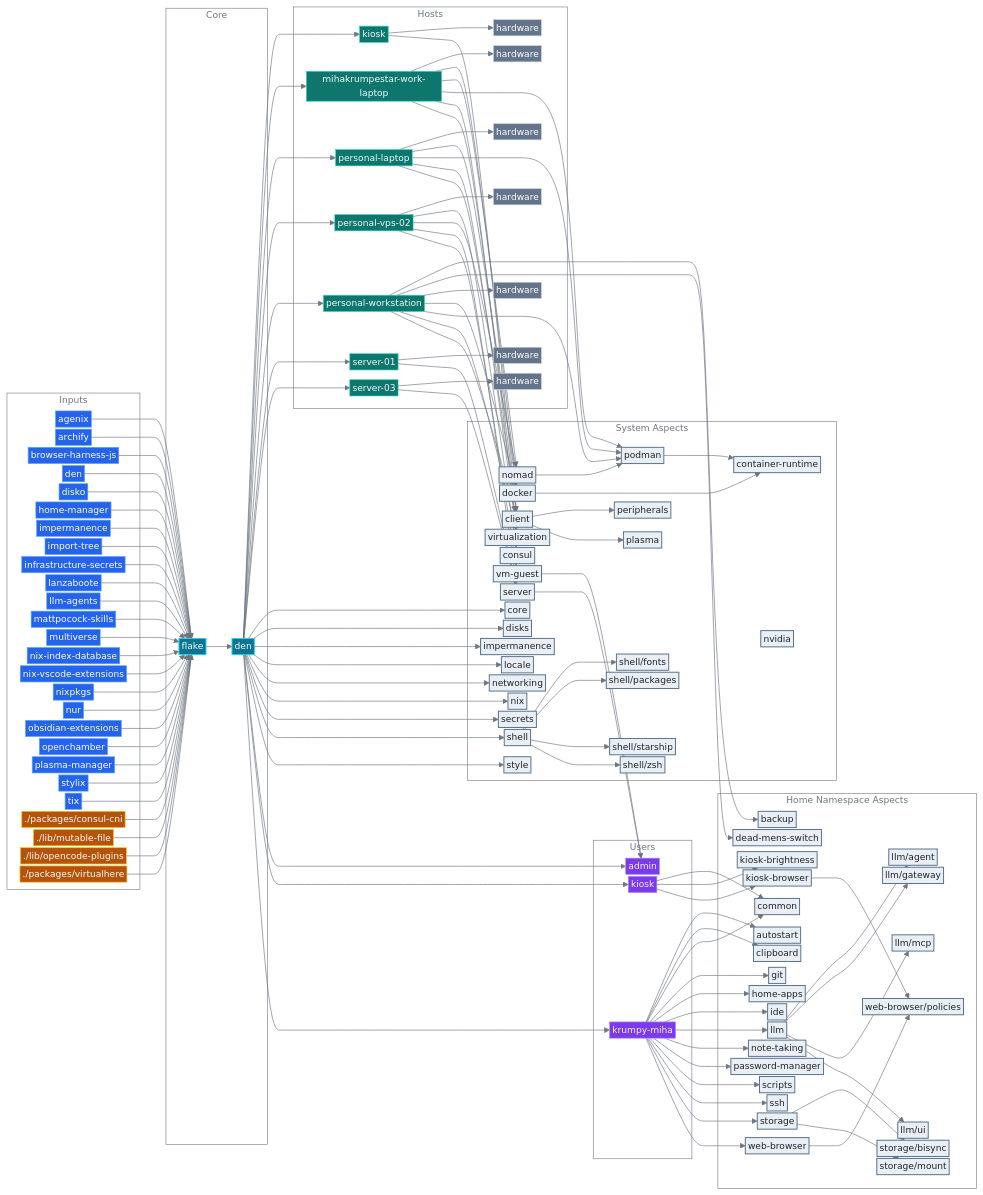
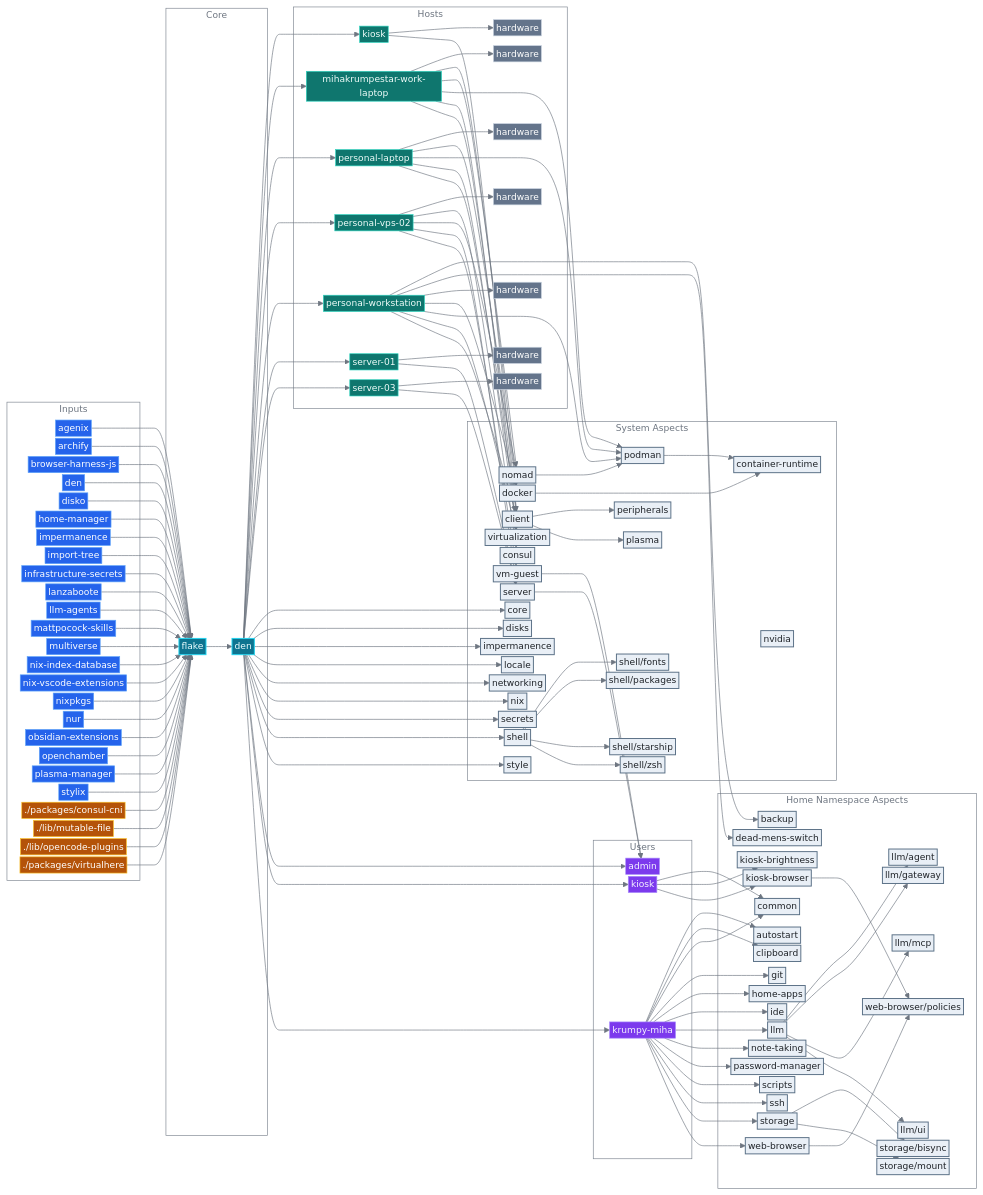
The diagram in README.md (mihakrumpestar/infrastructure), drawn with Mermaid before and after one commit. The commit also changed other lines of this file and 8 other files, not shown here.

```diff
--- a/README.md
+++ b/README.md
@@ -153,7 +153,6 @@
         input_openchamber["openchamber"]:::input
         input_plasma_manager["plasma-manager"]:::input
         input_stylix["stylix"]:::input
-        input_tix["tix"]:::input
         local_consul_cni["./packages/consul-cni"]:::local
         local_mutable_file["./lib/mutable-file"]:::local
         local_opencode_plugins["./lib/opencode-plugins"]:::local
@@ -322,7 +321,6 @@
     input_openchamber --> flake
     input_plasma_manager --> flake
     input_stylix --> flake
-    input_tix --> flake
     local_consul_cni --> flake
     local_mutable_file --> flake
     local_opencode_plugins --> flake
```
